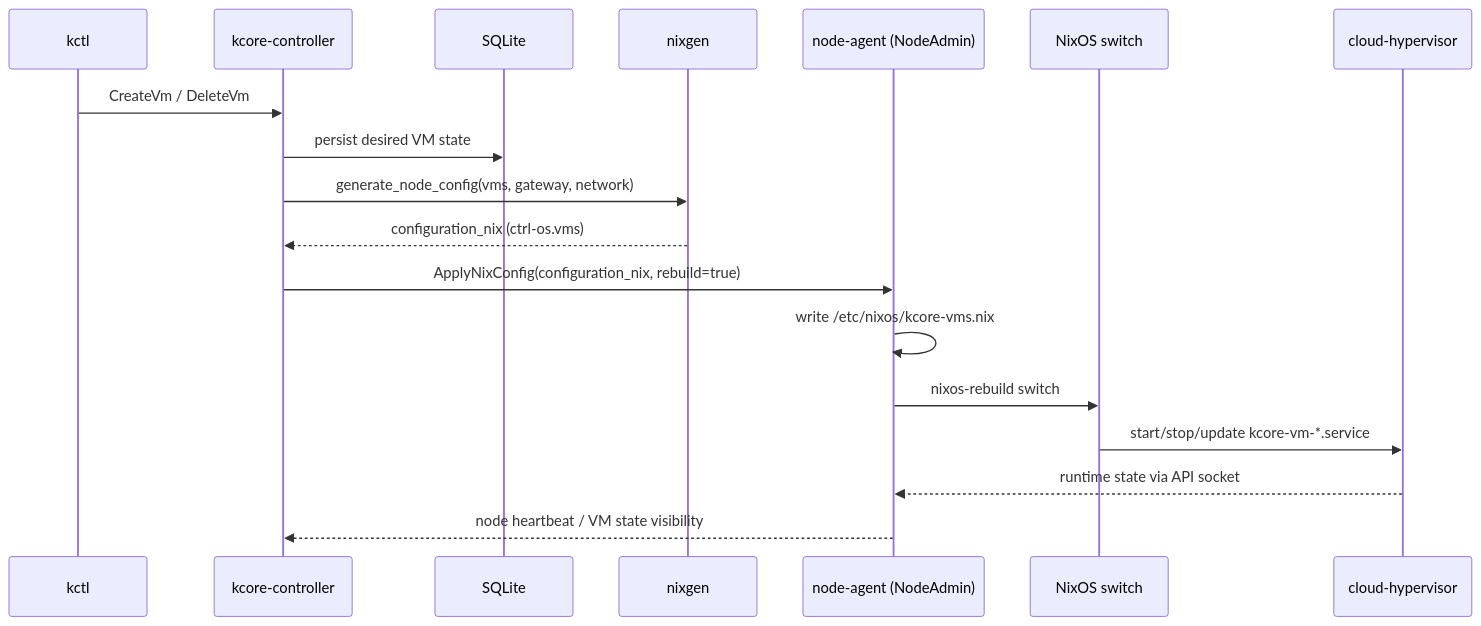
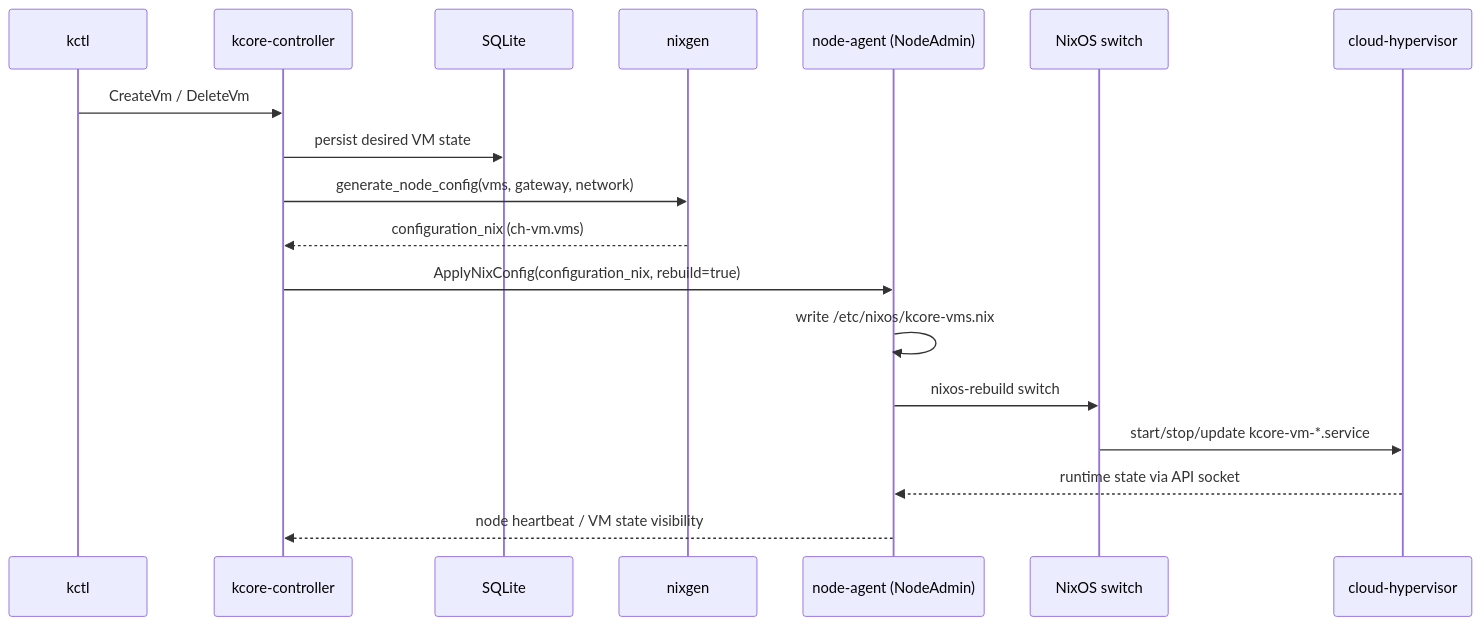
One commit to kcorehypervisor/kcore changed the second of 2 diagrams in docs/Architecture.md. Above: the diagram before and after it, drawn with Mermaid. The commit also changed other lines of this file and 35 other files, not shown here.

````diff
--- a/docs/Architecture.md
+++ b/docs/Architecture.md
@@ -51,21 +51,21 @@
 ```mermaid
 sequenceDiagram
   participant K as kctl
   participant C as kcore-controller
   participant D as SQLite
   participant G as nixgen
   participant A as node-agent (NodeAdmin)
   participant N as NixOS switch
   participant H as cloud-hypervisor
 
   K->>C: CreateVm / DeleteVm
   C->>D: persist desired VM state
   C->>G: generate_node_config(vms, gateway, network)
-  G-->>C: configuration_nix (ctrl-os.vms)
+  G-->>C: configuration_nix (ch-vm.vms)
   C->>A: ApplyNixConfig(configuration_nix, rebuild=true)
   A->>A: write /etc/nixos/kcore-vms.nix
   A->>N: nixos-rebuild switch
   N->>H: start/stop/update kcore-vm-*.service
   H-->>A: runtime state via API socket
   A-->>C: node heartbeat / VM state visibility
 ```
````
